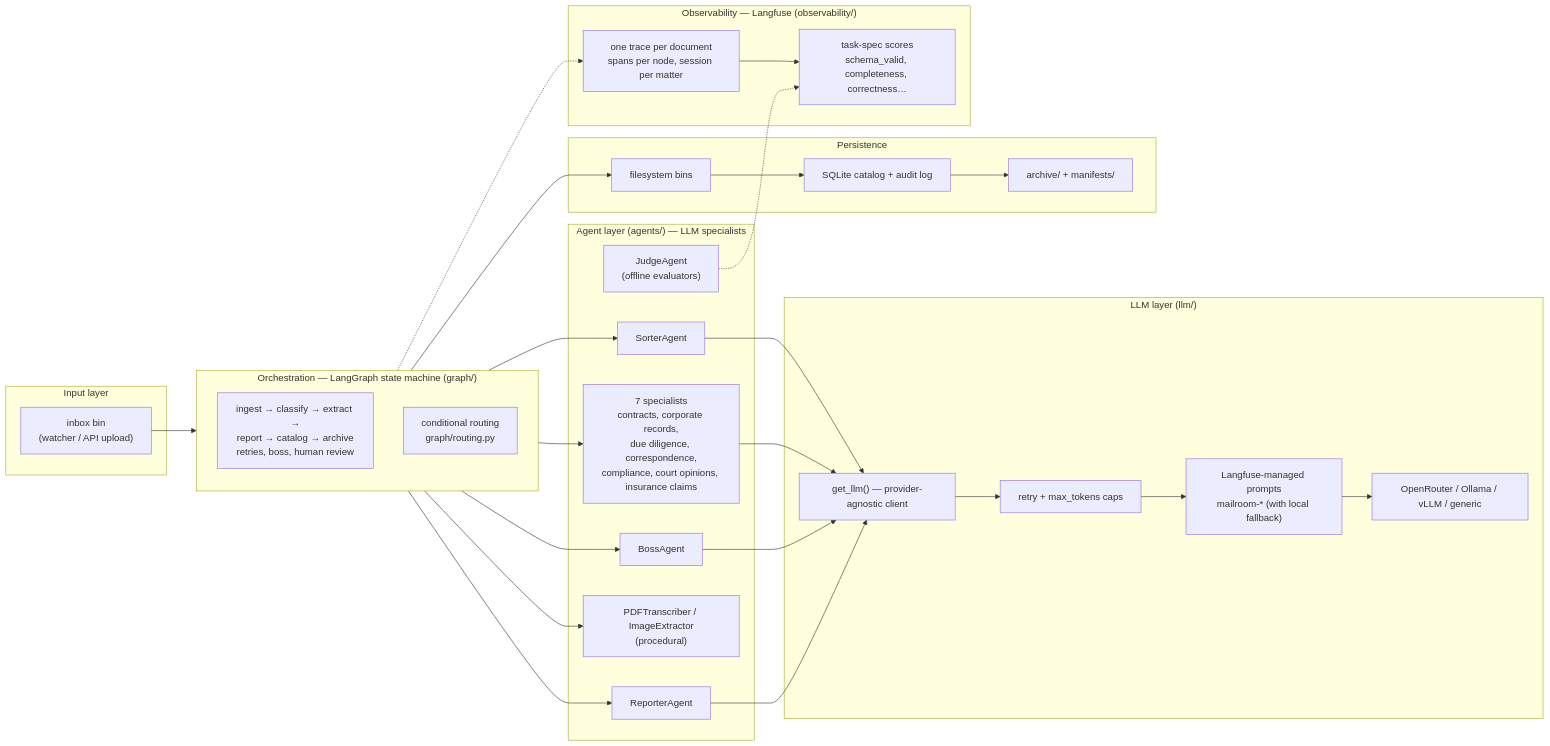
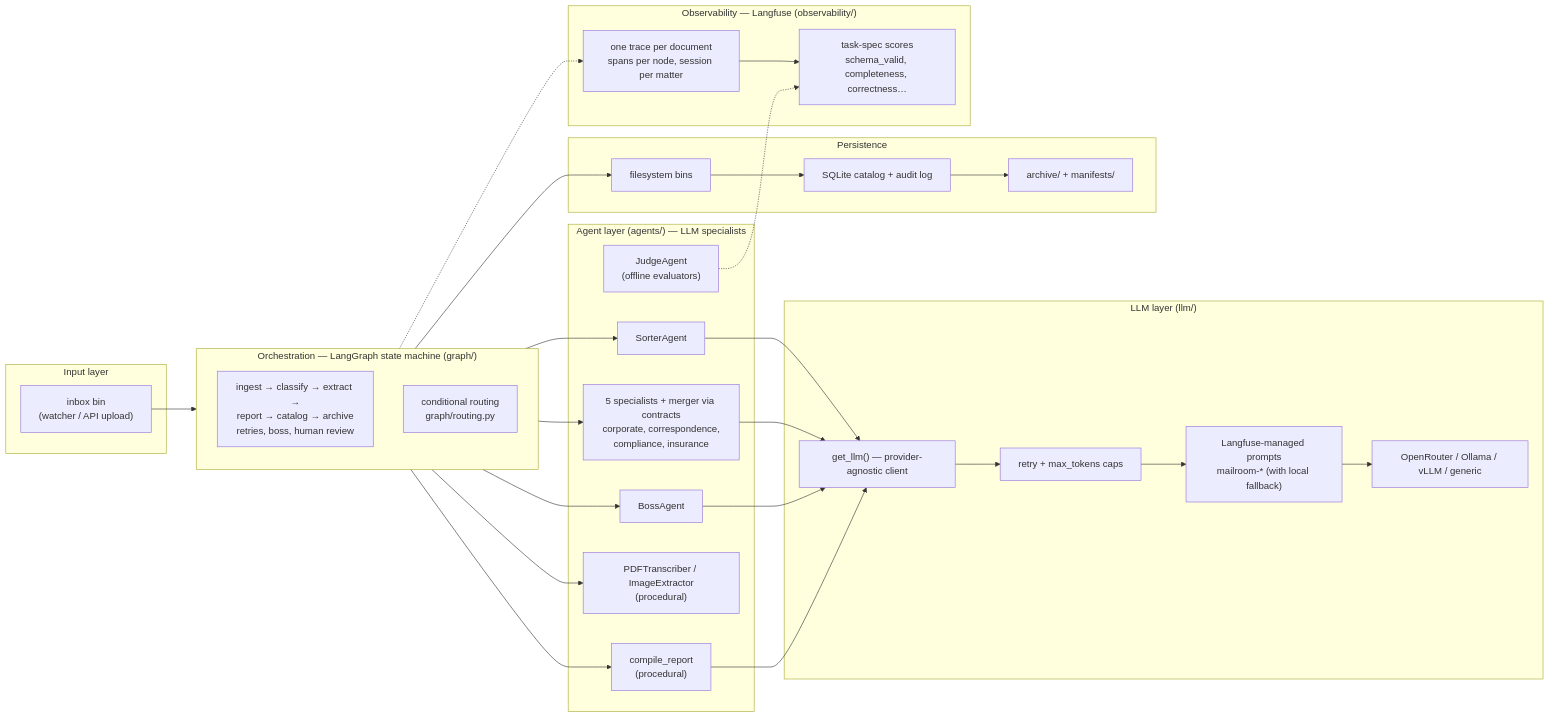
One commit to Exios66/llm-mailroom changed the second of 2 diagrams in docs/architecture.md. Above: the diagram before and after it, drawn with Mermaid. The commit also changed other lines of this file and 4 other files, not shown here.

````diff
--- a/docs/architecture.md
+++ b/docs/architecture.md
@@ -71,48 +71,48 @@
 ```mermaid
 flowchart LR
     subgraph IN["Input layer"]
         INBOX["inbox bin<br/>(watcher / API upload)"]
     end
 
     subgraph ORCH["Orchestration — LangGraph state machine (graph/)"]
         direction TB
         NODES["ingest → classify → extract →<br/>report → catalog → archive<br/>retries, boss, human review"]
         ROUTING["conditional routing<br/>graph/routing.py"]
     end
 
     subgraph AGENTS["Agent layer (agents/) — LLM specialists"]
         SORTER["SorterAgent"]
-        SPEC["7 specialists<br/>contracts, corporate records,<br/>due diligence, correspondence,<br/>compliance, court opinions, insurance claims"]
+        SPEC["5 specialists + merger via contracts<br/>corporate, correspondence,<br/>compliance, insurance"]
         BOSS["BossAgent"]
-        REPORTER["ReporterAgent"]
+        REPORTER["compile_report<br/>(procedural)"]
         PDF["PDFTranscriber / ImageExtractor<br/>(procedural)"]
         JUDGE["JudgeAgent<br/>(offline evaluators)"]
     end
 
     subgraph LLM["LLM layer (llm/)"]
         CLI["get_llm() — provider-agnostic client"]
         RETRY["retry + max_tokens caps"]
         PROMPTS["Langfuse-managed prompts<br/>mailroom-* (with local fallback)"]
         P["OpenRouter / Ollama / vLLM / generic"]
     end
 
     subgraph PERSIST["Persistence"]
         BINS["filesystem bins"]
         SQLITE["SQLite catalog + audit log"]
         ARCHIVE2["archive/ + manifests/"]
     end
 
     subgraph OBS["Observability — Langfuse (observability/)"]
         TRACES["one trace per document<br/>spans per node, session per matter"]
         SCORES["task-spec scores<br/>schema_valid, completeness, correctness…"]
     end
 
     INBOX --> NODES
     NODES --> SORTER & SPEC & BOSS & REPORTER & PDF
     SORTER & SPEC & BOSS & REPORTER --> CLI
     CLI --> RETRY --> PROMPTS --> P
     NODES --> BINS --> SQLITE --> ARCHIVE2
     NODES -.-> TRACES
     TRACES --> SCORES
     JUDGE -.-> SCORES
 ```
````
